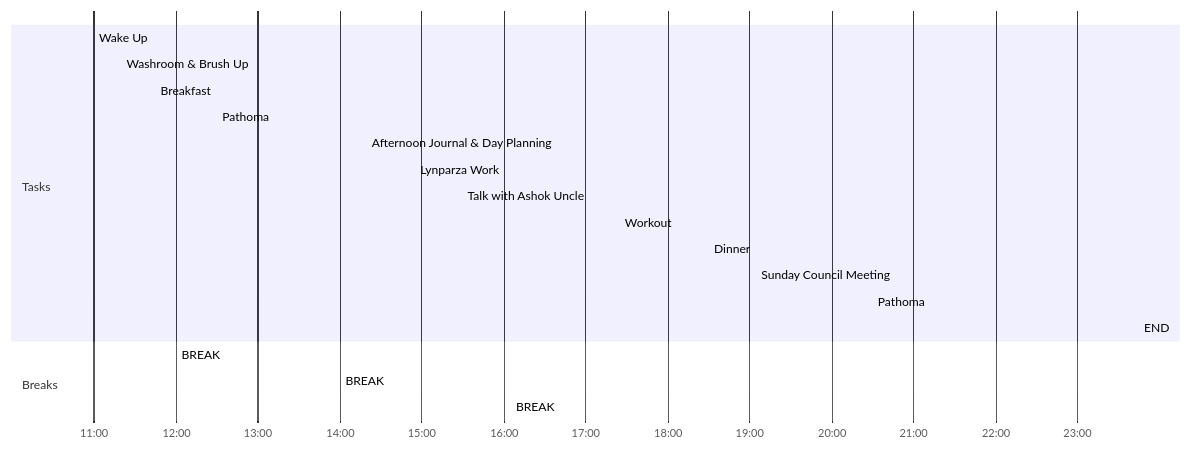
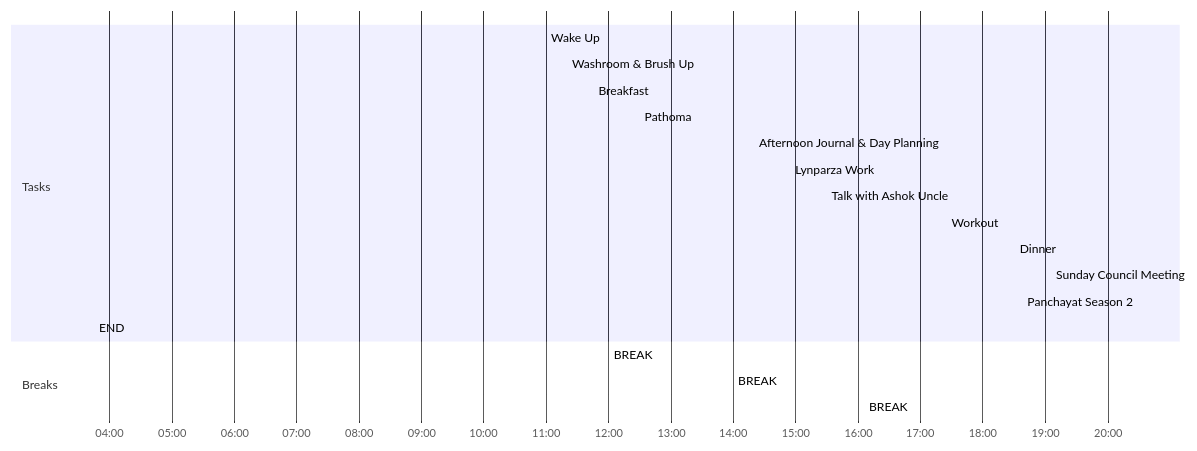
One commit to nihitkhandelwal-eng/The_Brainforest changed the diagram in 🌱 Journal/2022/Quarter 2/05-May/22-May-22.md. Above: the diagram before and after it, drawn with Mermaid. The commit also changed other lines of this file, not shown here.

````diff
--- a/🌱 Journal/2022/Quarter 2/05-May/22-May-22.md
+++ b/🌱 Journal/2022/Quarter 2/05-May/22-May-22.md
@@ -23,23 +21,23 @@
 ```mermaid
 gantt
     dateFormat  HH-mm
     axisFormat %H:%M
-    %% Current Time: 11:59:43 PM
+    %% Current Time: 11:51:28 AM
     section Tasks
     Wake Up     :11-00, 20mm
     Washroom & Brush Up     :11-20, 25mm
     Breakfast     :11-45, 15mm
     Pathoma     :12-30, 90mm
     Afternoon Journal & Day Planning     :14-20, 35mm
     Lynparza Work     :14-55, 35mm
     Talk with Ashok Uncle     :15-30, 35mm
     Workout     :17-25, 65mm
     Dinner     :18-30, 35mm
     Sunday Council Meeting     :19-05, 85mm
-    Pathoma     :20-30, 195mm
-    END     :23-45, 0mm
+    Panchayat Season 2     :20-30, -1005mm
+    END     :03-45, 0mm
     section Breaks
     BREAK     :12-00, 30mm
     BREAK     :14-00, 20mm
     BREAK     :16-05, 80mm
 ```
````
